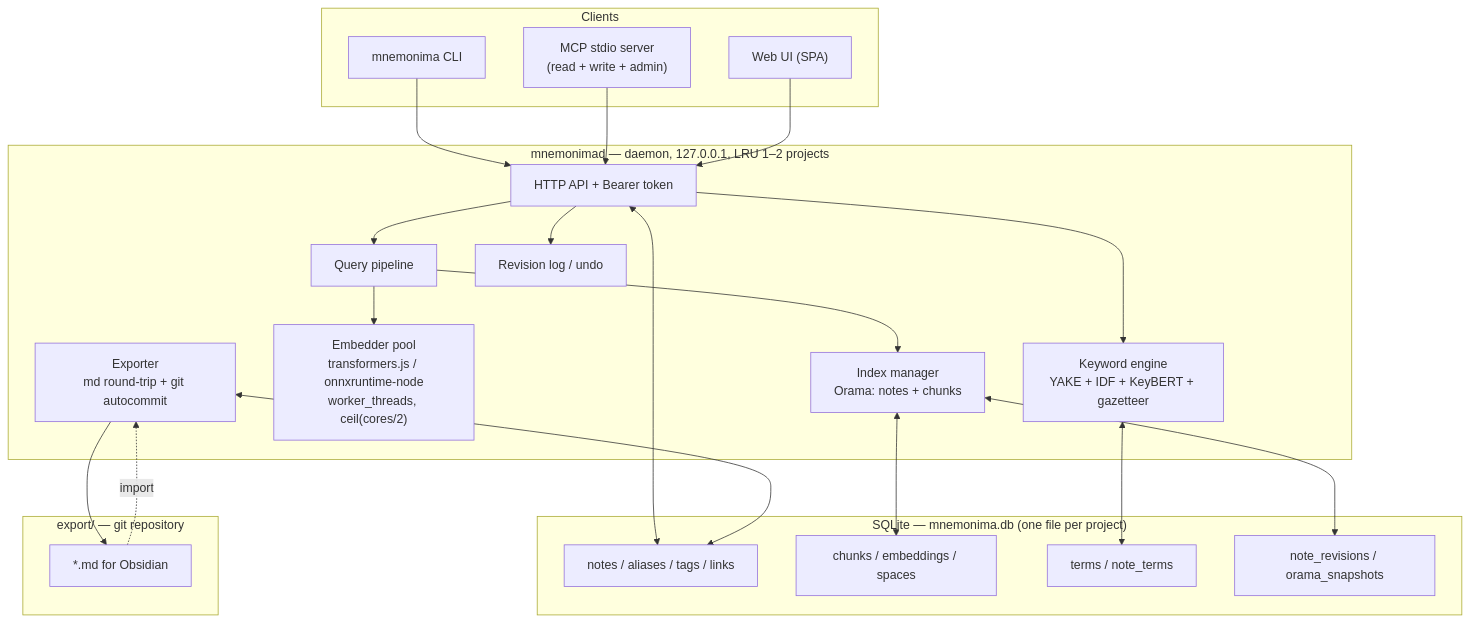
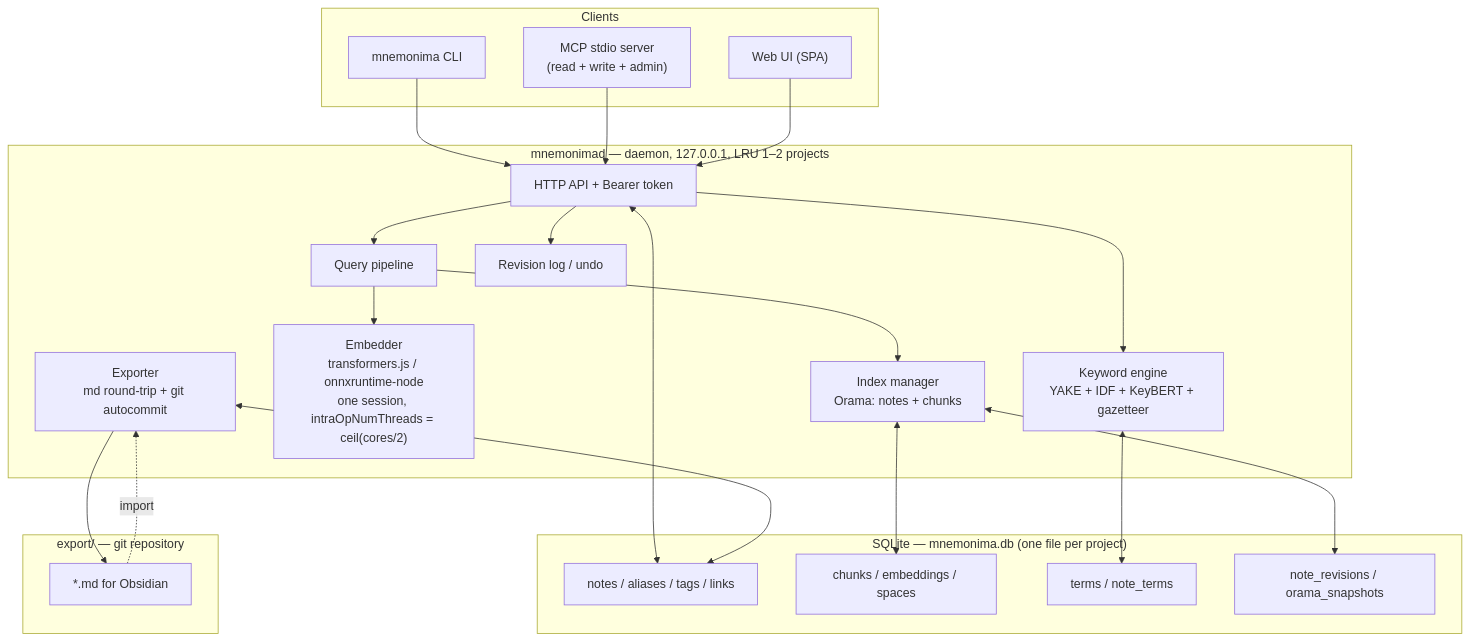
Before and after one commit to Virg29/Mnemonima: the diagram in DESIGN.md, drawn with Mermaid. The commit also changed other lines of this file, not shown here.

````diff
--- a/DESIGN.md
+++ b/DESIGN.md
@@ -59,44 +64,44 @@
 ```mermaid
 flowchart TB
   subgraph clients["Clients"]
     CLI["mnemonima CLI"]
     MCP["MCP stdio server<br/>(read + write + admin)"]
     UI["Web UI (SPA)"]
   end
 
   subgraph daemon["mnemonimad — daemon, 127.0.0.1, LRU 1–2 projects"]
     API["HTTP API + Bearer token"]
     QP["Query pipeline"]
     IX["Index manager<br/>Orama: notes + chunks"]
-    EMB["Embedder pool<br/>transformers.js / onnxruntime-node<br/>worker_threads, ceil(cores/2)"]
+    EMB["Embedder<br/>transformers.js / onnxruntime-node<br/>one session, intraOpNumThreads = ceil(cores/2)"]
     KW["Keyword engine<br/>YAKE + IDF + KeyBERT + gazetteer"]
     EXP["Exporter<br/>md round-trip + git autocommit"]
     REV["Revision log / undo"]
   end
 
   subgraph store["SQLite — mnemonima.db (one file per project)"]
     T1["notes / aliases / tags / links"]
     T2["chunks / embeddings / spaces"]
     T3["terms / note_terms"]
     T4["note_revisions / orama_snapshots"]
   end
 
   subgraph git["export/ — git repository"]
     MD["*.md for Obsidian"]
   end
 
   CLI --> API
   MCP --> API
   UI --> API
   API --> QP --> IX
   QP --> EMB
   API --> REV
   API --> KW
   IX <--> T2
   IX <--> T4
   API <--> T1
   KW <--> T3
   EXP --> MD
   MD -.import.-> EXP
   EXP <--> T1
 ```
````
